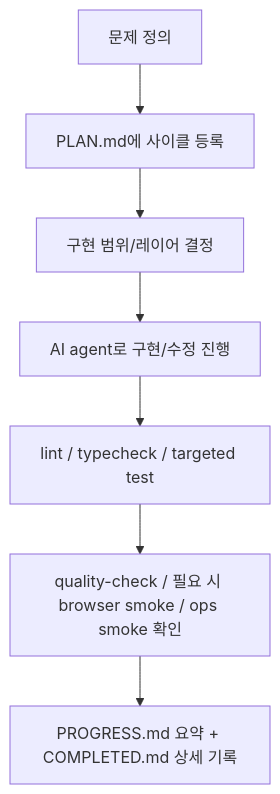
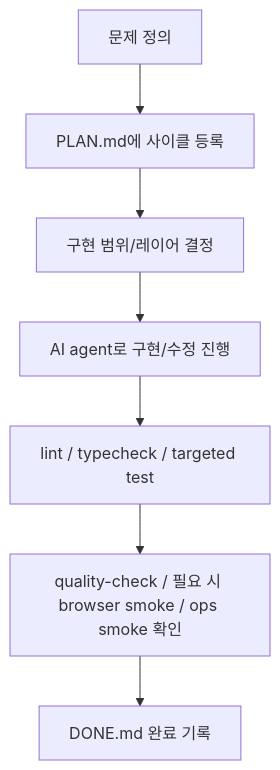
The diagram in blog/23-ai-에이전트를-실제개발에-녹인-방법.md (answndud/townpet), drawn with Mermaid before and after one commit. The commit also changed other lines of this file and 3 other files, not shown here.

````diff
--- a/blog/23-ai-에이전트를-실제개발에-녹인-방법.md
+++ b/blog/23-ai-에이전트를-실제개발에-녹인-방법.md
@@ -90,9 +89,9 @@
 ```mermaid
 flowchart TD
   A["문제 정의"] --> B["PLAN.md에 사이클 등록"]
   B --> C["구현 범위/레이어 결정"]
   C --> D["AI agent로 구현/수정 진행"]
   D --> E["lint / typecheck / targeted test"]
   E --> F["quality-check / 필요 시 browser smoke / ops smoke 확인"]
-  F --> G["PROGRESS.md 요약 + COMPLETED.md 상세 기록"]
+  F --> G["DONE.md 완료 기록"]
 ```
````
